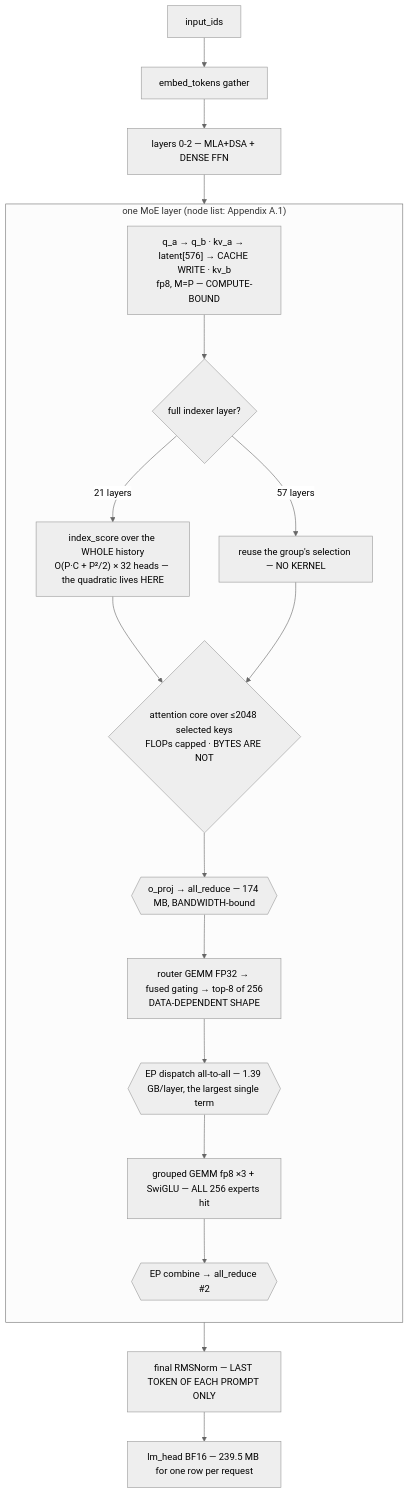
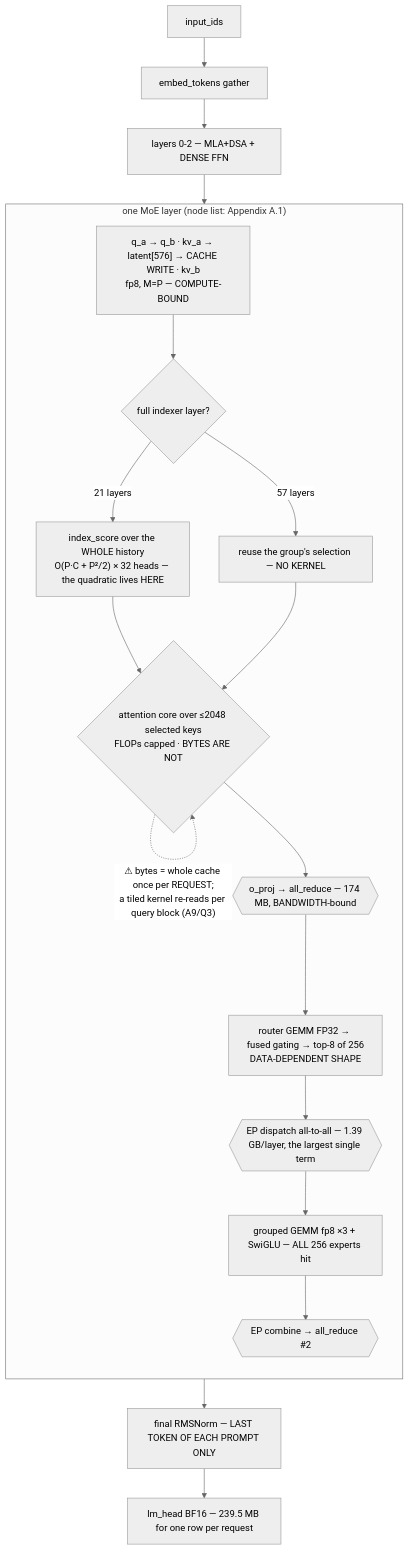
The first of 2 diagrams in docs/glm-5.2/DESIGN-NOTE.md (GitM-Labs/runtime), drawn with Mermaid before and after one commit. The commit also changed other lines of this file and 2 other files, not shown here.

````diff
--- a/docs/glm-5.2/DESIGN-NOTE.md
+++ b/docs/glm-5.2/DESIGN-NOTE.md
@@ -210,24 +210,25 @@
 ```mermaid
 %%{init: {'theme':'neutral'}}%%
 flowchart TD
   T["input_ids"] --> EMB["embed_tokens gather"]
   EMB --> L0["layers 0-2 — MLA+DSA + DENSE FFN"]
   L0 --> LB["layers 3-77 — MLA+DSA + MoE 256/top-8"]
   LB --> FN["final RMSNorm — LAST TOKEN OF EACH PROMPT ONLY"]
   FN --> LM["lm_head BF16 — 239.5 MB for one row per request"]
 
   subgraph LB["one MoE layer (node list: Appendix A.1)"]
     direction TB
     QKV["q_a → q_b · kv_a → latent[576] → CACHE WRITE · kv_b<br/>fp8, M=P — COMPUTE-BOUND"] --> IX
     IX{"full indexer layer?"}
     IX -- "21 layers" --> IS["index_score over the WHOLE history<br/>O(P·C + P²/2) × 32 heads — the quadratic lives HERE"]
     IX -- "57 layers" --> RE["reuse the group's selection — NO KERNEL"]
     IS --> ATT
     RE --> ATT{"attention core over ≤2048 selected keys<br/>FLOPs capped · BYTES ARE NOT"}
+    ATT -.->|"⚠ bytes = whole cache once per REQUEST;<br/>a tiled kernel re-reads per query block (A9/Q3)"| ATT
     ATT --> AR1{{"o_proj → all_reduce — 174 MB, BANDWIDTH-bound"}}
     AR1 --> G["router GEMM FP32 → fused gating → top-8 of 256<br/>DATA-DEPENDENT SHAPE"]
     G --> A2A{{"EP dispatch all-to-all — 1.39 GB/layer, the largest single term"}}
     A2A --> EG["grouped GEMM fp8 ×3 + SwiGLU — ALL 256 experts hit"]
     EG --> A2B{{"EP combine → all_reduce #2"}}
   end
 ```
````
